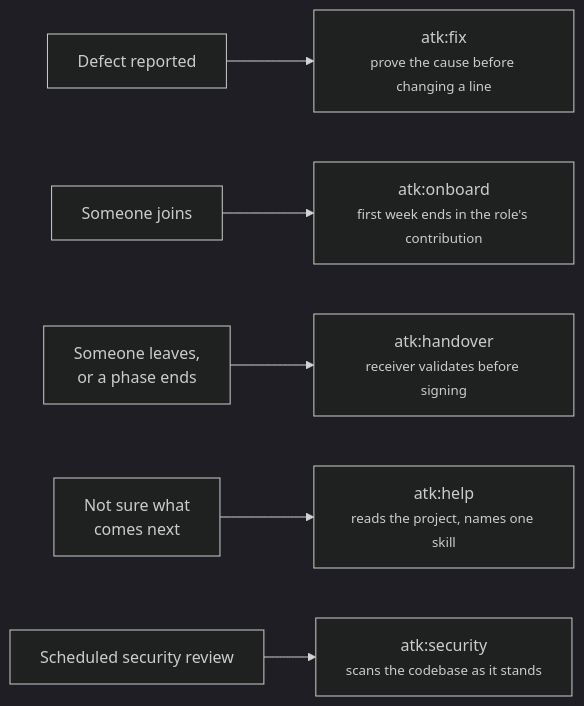
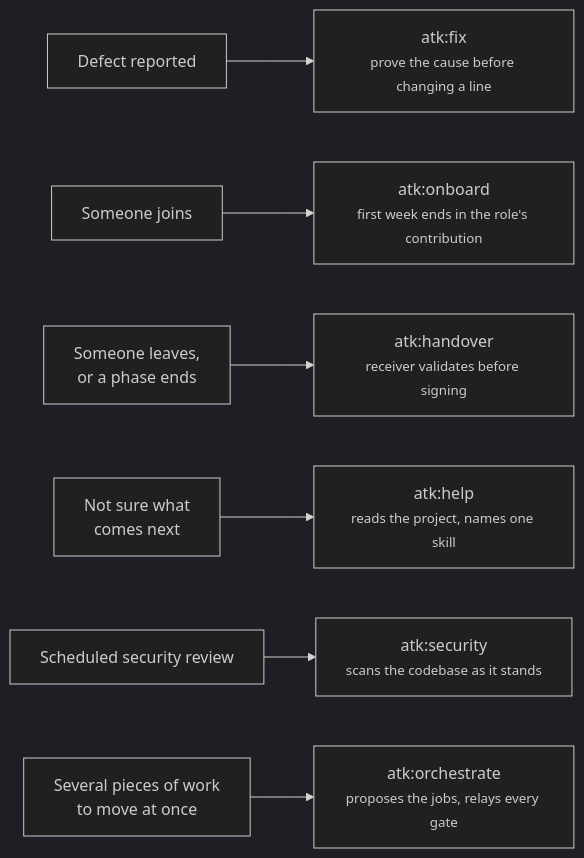
Before and after one commit to lamngockhuong/aiteamkit: the third of 3 diagrams in docs/flow/project-flow.md, drawn with Mermaid (dark theme). The commit also changed other lines of this file and 12 other files, not shown here.

Commit message:
docs: place atk:orchestrate in the flow, lifecycle, architecture and role tables

````diff
--- a/docs/flow/project-flow.md
+++ b/docs/flow/project-flow.md
@@ -164,8 +165,9 @@
 ```mermaid
 flowchart LR
     X1["Defect reported"] --> X2["atk:fix<br/><small>prove the cause before changing a line</small>"]
     X3["Someone joins"] --> X4["atk:onboard<br/><small>first week ends in the role's contribution</small>"]
     X5["Someone leaves,<br/>or a phase ends"] --> X6["atk:handover<br/><small>receiver validates before signing</small>"]
     X7["Not sure what<br/>comes next"] --> X8["atk:help<br/><small>reads the project, names one skill</small>"]
     X9["Scheduled security review"] --> X10["atk:security<br/><small>scans the codebase as it stands</small>"]
+    X11["Several pieces of work<br/>to move at once"] --> X12["atk:orchestrate<br/><small>proposes the jobs, relays every gate</small>"]
 ```
````
